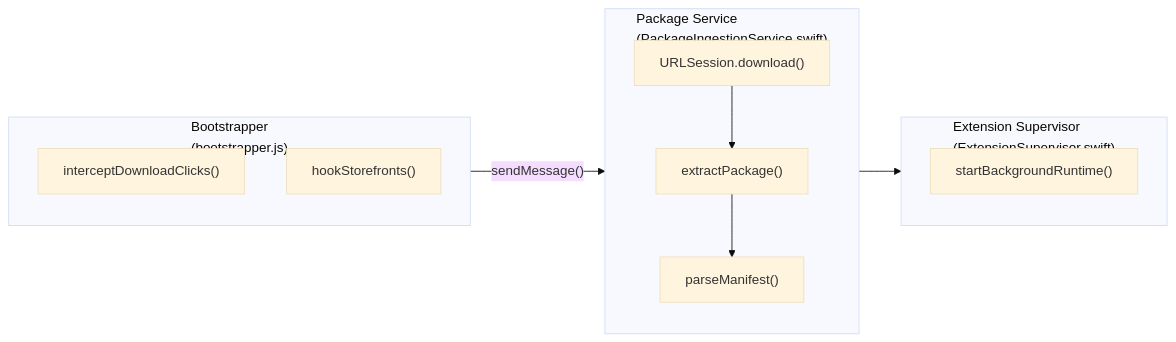
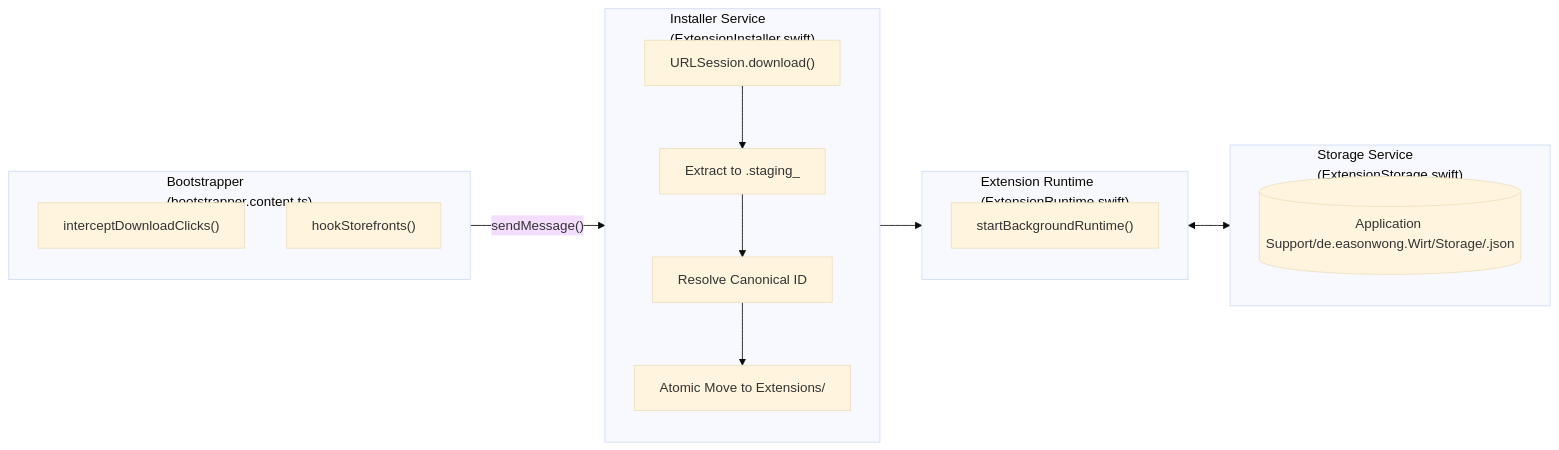
The seventh of 7 diagrams in docs/architecture.md (easonwong-de/Wirt), drawn with Mermaid (base theme) before and after one commit. The commit also changed other lines of this file and 2 other files, not shown here.

Commit message:
docs: update system architecture and contributing guide

````diff
--- a/docs/architecture.md
+++ b/docs/architecture.md
@@ -246,25 +262,33 @@
 ```mermaid
 flowchart LR
-    subgraph Trigger["Bootstrapper<br/>(bootstrapper.js)"]
+    subgraph Trigger["Bootstrapper<br/>(bootstrapper.content.ts)"]
         direction TB
         Link["interceptDownloadClicks()"]
         Store["hookStorefronts()"]
     end
 
-    subgraph Package["Package Service<br/>(PackageIngestionService.swift)"]
+    subgraph Package["Installer Service<br/>(ExtensionInstaller.swift)"]
         direction TB
         Download["URLSession.download()"]
-        Extract["extractPackage()"]
-        Parse["parseManifest()"]
-        Download --> Extract
-        Extract --> Parse
+        Stage["Extract to .staging_<uuid>"]
+        Resolve["Resolve Canonical ID"]
+        Commit["Atomic Move to Extensions/<id>"]
+        Download --> Stage
+        Stage --> Resolve
+        Resolve --> Commit
     end
 
-    subgraph Supervisor["Extension Supervisor<br/>(ExtensionSupervisor.swift)"]
+    subgraph StorageEngine["Storage Service<br/>(ExtensionStorage.swift)"]
+        direction TB
+        JSONStore[("Application Support/de.easonwong.Wirt/Storage/<id>.json")]
+    end
+
+    subgraph Supervisor["Extension Runtime<br/>(ExtensionRuntime.swift)"]
         direction TB
         Start["startBackgroundRuntime()"]
     end
 
     Trigger -->|"sendMessage()"| Package
     Package --> Supervisor
+    Supervisor <--> StorageEngine
 ```
````
